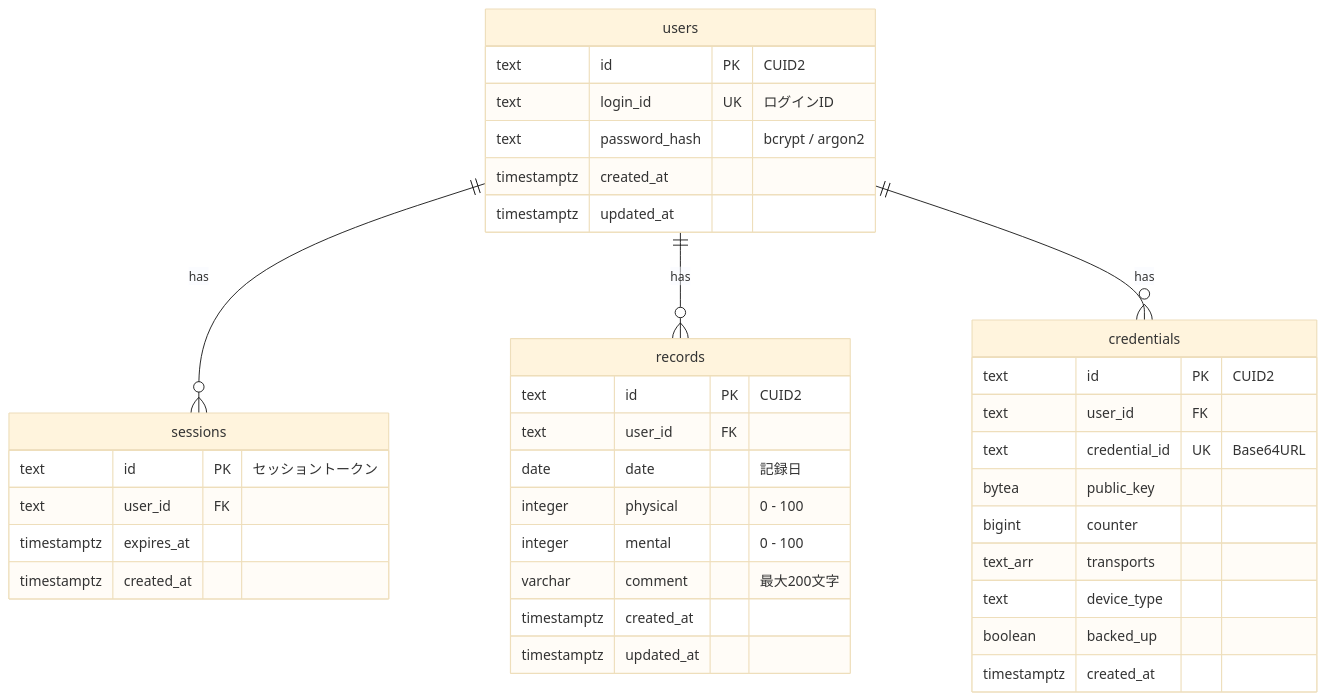
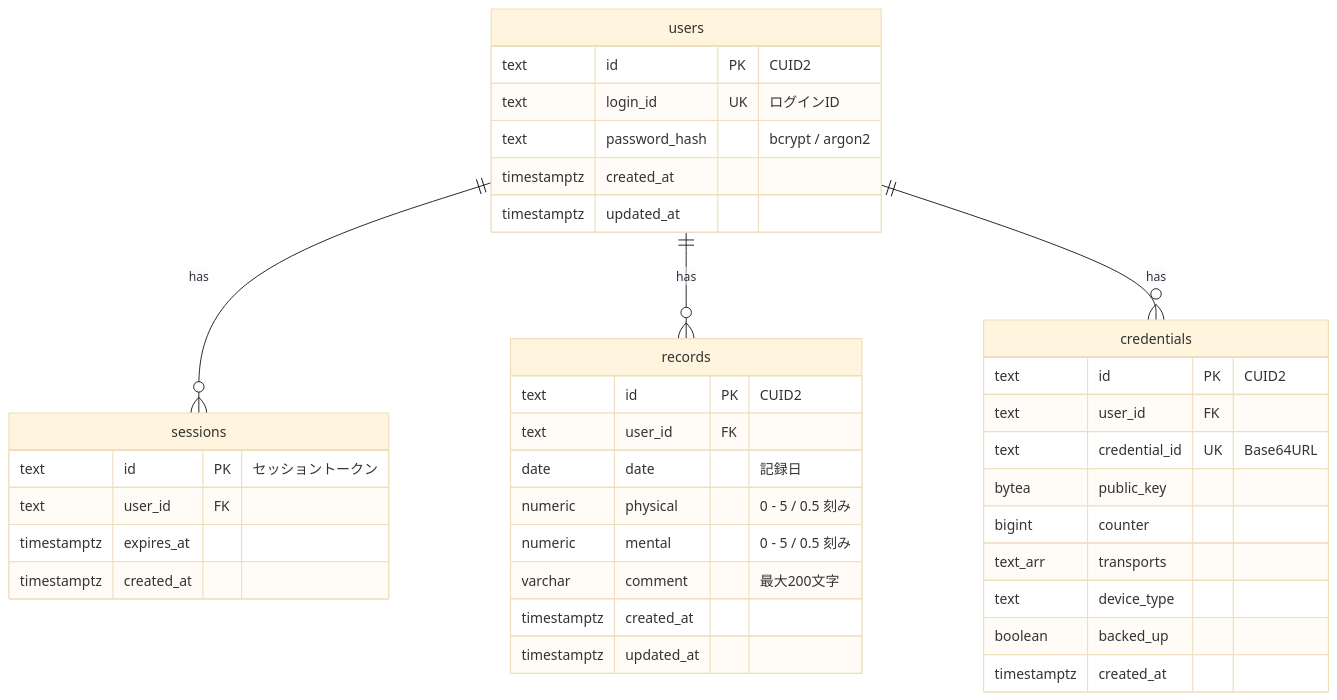
Before and after one commit to Komatsu196/hp-memos: the diagram in apps/docs/content/docs/design/db/index.mdx, drawn with Mermaid (base theme). The commit also changed other lines of this file and 7 other files, not shown here.

````diff
--- a/apps/docs/content/docs/design/db/index.mdx
+++ b/apps/docs/content/docs/design/db/index.mdx
@@ -8,44 +8,44 @@
 ```mermaid
 erDiagram
   users ||--o{ sessions : "has"
   users ||--o{ records : "has"
   users ||--o{ credentials : "has"
 
   users {
     text id PK "CUID2"
     text login_id UK "ログインID"
     text password_hash "bcrypt / argon2"
     timestamptz created_at
     timestamptz updated_at
   }
 
   sessions {
     text id PK "セッショントークン"
     text user_id FK
     timestamptz expires_at
     timestamptz created_at
   }
 
   records {
     text id PK "CUID2"
     text user_id FK
     date date "記録日"
-    integer physical "0 - 100"
-    integer mental "0 - 100"
+    numeric physical "0 - 5 / 0.5 刻み"
+    numeric mental "0 - 5 / 0.5 刻み"
     varchar comment "最大200文字"
     timestamptz created_at
     timestamptz updated_at
   }
 
   credentials {
     text id PK "CUID2"
     text user_id FK
     text credential_id UK "Base64URL"
     bytea public_key
     bigint counter
     text_arr transports
     text device_type
     boolean backed_up
     timestamptz created_at
   }
 ```
````
